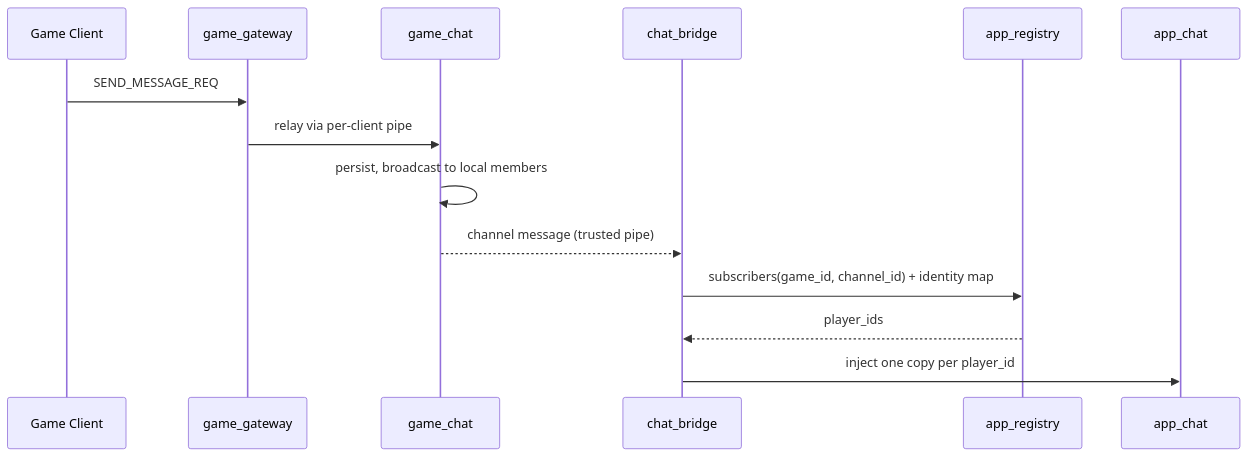
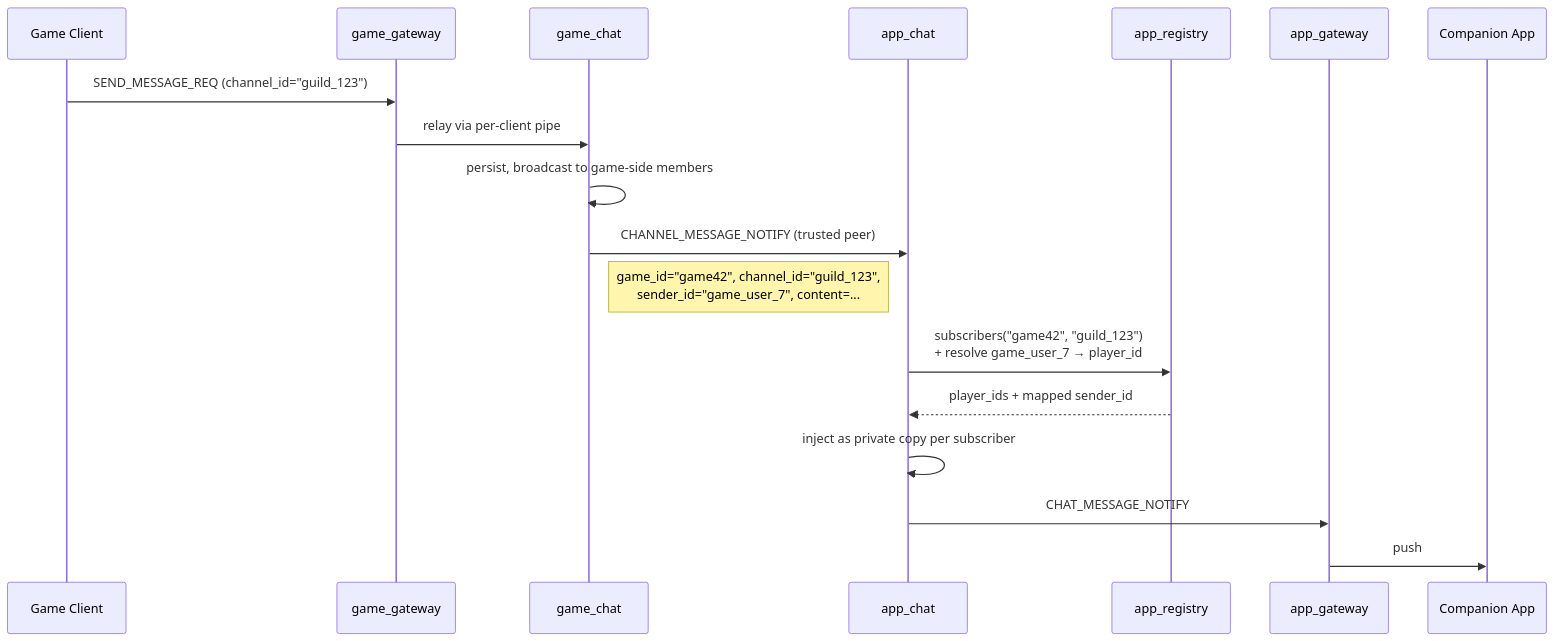
The third of 5 diagrams in docs/architecture.md (cuihairu/chirp), drawn with Mermaid before and after one commit. The commit also changed other lines of this file and 4 other files, not shown here.

First line of the commit message:
docs: replace chat_bridge with native peer registration protocol

````diff
--- a/docs/architecture.md
+++ b/docs/architecture.md
@@ -159,17 +160,21 @@
 ```mermaid
 sequenceDiagram
     participant C as Game Client
     participant G as game_gateway
-    participant CH as game_chat
-    participant CB as chat_bridge
+    participant GC as game_chat
+    participant AC as app_chat
     participant AR as app_registry
-    participant AC as app_chat
+    participant AG as app_gateway
+    participant A as Companion App
 
-    C->>G: SEND_MESSAGE_REQ
-    G->>CH: relay via per-client pipe
-    CH->>CH: persist, broadcast to local members
-    CH-->>CB: channel message (trusted pipe)
-    CB->>AR: subscribers(game_id, channel_id) + identity map
-    AR-->>CB: player_ids
-    CB->>AC: inject one copy per player_id
+    C->>G: SEND_MESSAGE_REQ (channel_id="guild_123")
+    G->>GC: relay via per-client pipe
+    GC->>GC: persist, broadcast to game-side members
+    GC->>AC: CHANNEL_MESSAGE_NOTIFY (trusted peer)
+    Note right of GC: game_id="game42", channel_id="guild_123",<br/>sender_id="game_user_7", content=...
+    AC->>AR: subscribers("game42", "guild_123")<br/>+ resolve game_user_7 → player_id
+    AR-->>AC: player_ids + mapped sender_id
+    AC->>AC: inject as private copy per subscriber
+    AC->>AG: CHAT_MESSAGE_NOTIFY
+    AG->>A: push
 ```
````
